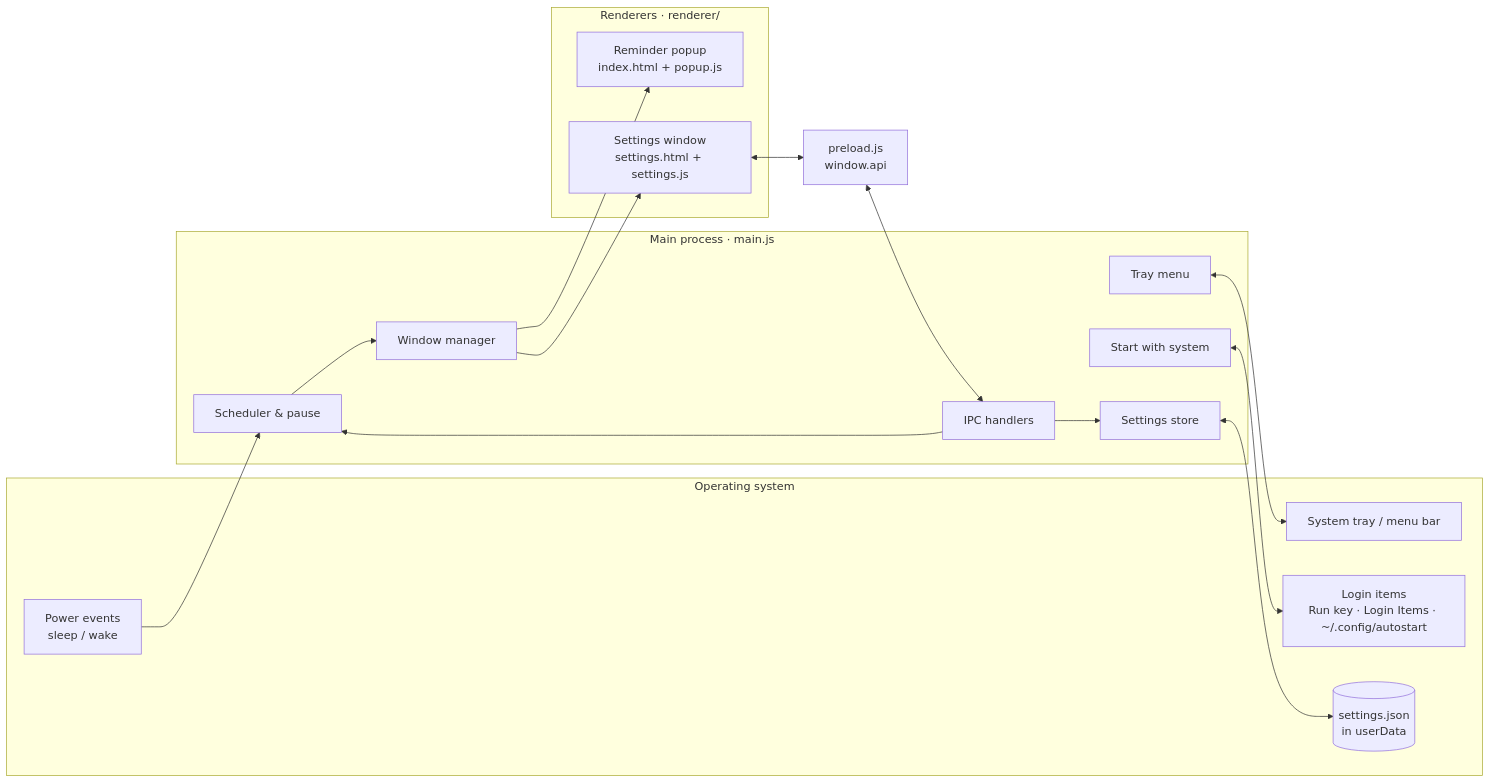
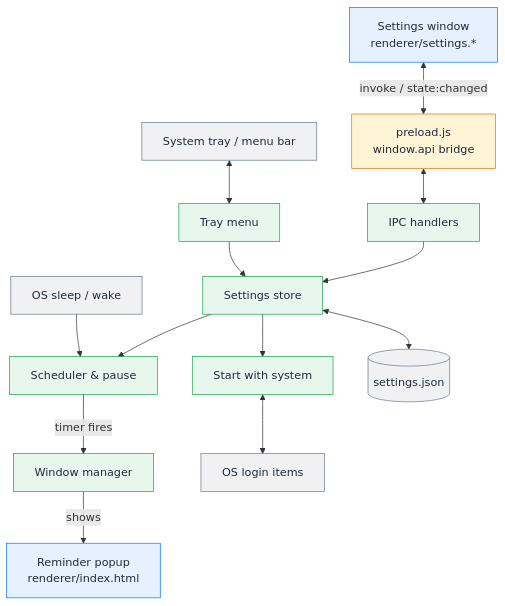
One commit to eduardosch/water-reminder changed the first of 13 diagrams in docs/workflow.md. Above: the diagram before and after it, drawn with Mermaid.

Commit message:
📝 docs: simplify the architecture diagram

````diff
--- a/docs/workflow.md
+++ b/docs/workflow.md
@@ -33,37 +33,34 @@
 ```mermaid
-flowchart LR
-  subgraph OS["Operating system"]
-    TRAY["System tray / menu bar"]
-    LOGIN["Login items<br/>Run key · Login Items · ~/.config/autostart"]
-    POWER["Power events<br/>sleep / wake"]
-    FILE[("settings.json<br/>in userData")]
-  end
+flowchart TB
+  SETTINGS["Settings window<br/>renderer/settings.*"]:::rend
+  POPUP["Reminder popup<br/>renderer/index.html"]:::rend
+  PRELOAD["preload.js<br/>window.api bridge"]:::bridge
+  IPC["IPC handlers"]:::main
+  TRAYC["Tray menu"]:::main
+  STORE["Settings store"]:::main
+  SCHED["Scheduler & pause"]:::main
+  AUTO["Start with system"]:::main
+  WIN["Window manager"]:::main
+  FILE[("settings.json")]:::os
+  LOGIN["OS login items"]:::os
+  POWER["OS sleep / wake"]:::os
+  TRAY["System tray / menu bar"]:::os
 
-  subgraph MAIN["Main process · main.js"]
-    STORE["Settings store"]
-    SCHED["Scheduler & pause"]
-    AUTO["Start with system"]
-    WIN["Window manager"]
-    TRAYC["Tray menu"]
-    IPC["IPC handlers"]
-  end
-
-  subgraph REND["Renderers · renderer/"]
-    POPUP["Reminder popup<br/>index.html + popup.js"]
-    SETTINGS["Settings window<br/>settings.html + settings.js"]
-  end
-
-  PRELOAD["preload.js<br/>window.api"]
-
+  SETTINGS <-->|"invoke / state:changed"| PRELOAD
+  PRELOAD <--> IPC
+  TRAY <--> TRAYC
+  IPC --> STORE
+  TRAYC --> STORE
+  STORE --> AUTO
+  STORE --> SCHED
   STORE <--> FILE
   AUTO <--> LOGIN
   POWER --> SCHED
-  TRAYC <--> TRAY
-  SCHED --> WIN
-  WIN --> POPUP
-  WIN --> SETTINGS
-  SETTINGS <--> PRELOAD
-  PRELOAD <--> IPC
-  IPC --> STORE
-  IPC --> SCHED
+  SCHED -->|"timer fires"| WIN
+  WIN -->|"shows"| POPUP
+
+  classDef rend fill:#e6f1ff,stroke:#0077ff,color:#1d2b3a
+  classDef bridge fill:#fff4d6,stroke:#d97706,color:#1d2b3a
+  classDef main fill:#e8f7ee,stroke:#16a34a,color:#1d2b3a
+  classDef os fill:#f1f1f4,stroke:#6b7a8c,color:#1d2b3a
 ```
````
